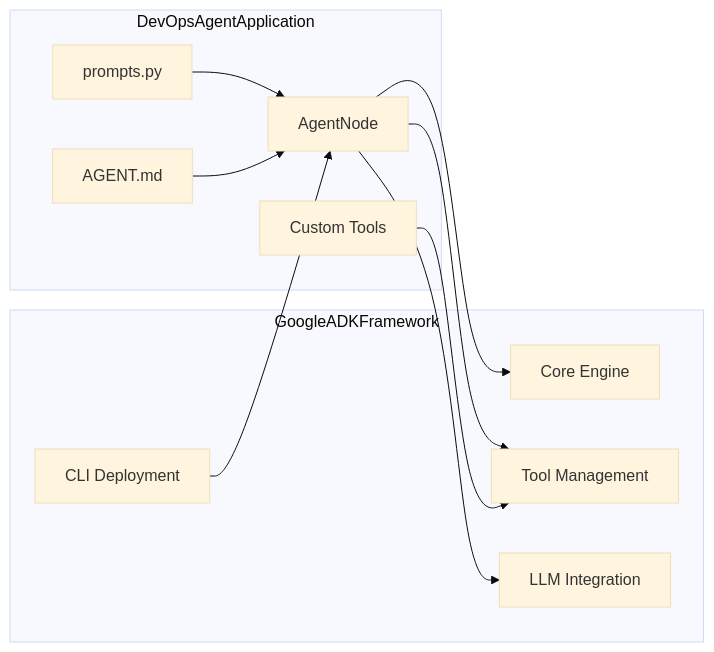
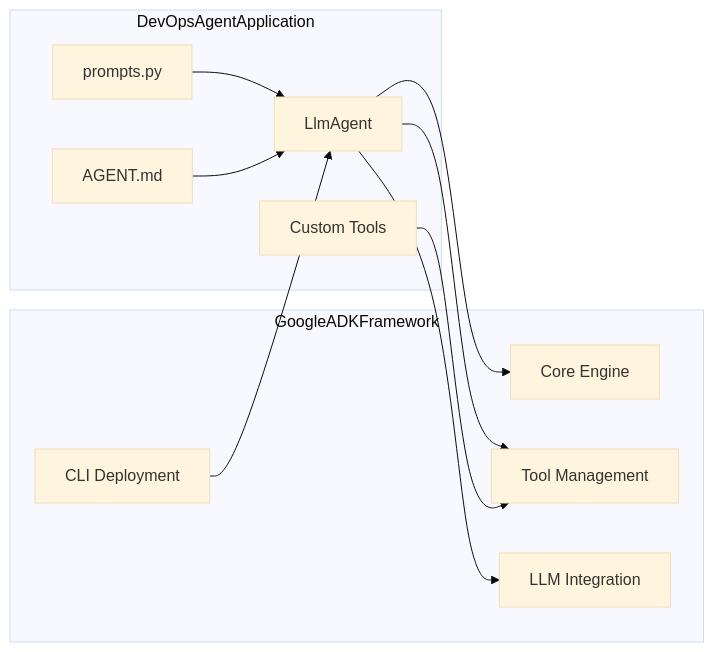
The first of 5 diagrams in README.md (BlueCentre/adk-agents), drawn with Mermaid (base theme) before and after one commit. The commit also changed other lines of this file, not shown here.

Commit message:
docs: Agent updated README

````diff
--- a/README.md
+++ b/README.md
@@ -113,24 +79,24 @@
 ```mermaid
 graph LR
     subgraph GoogleADKFramework
         ADK_Core[Core Engine]
         ADK_Tools[Tool Management]
         ADK_LLM[LLM Integration]
         ADK_CLI[CLI Deployment]
     end
 
     subgraph DevOpsAgentApplication
-        AgentPy[AgentNode]
+        AgentPy[LlmAgent]
         PromptPy[prompts.py]
         AgentMD[AGENT.md]
         CustomTools[Custom Tools]
     end
 
     AgentPy --> ADK_Core
     AgentPy --> ADK_Tools
     AgentPy --> ADK_LLM
     PromptPy --> AgentPy
     AgentMD --> AgentPy
     CustomTools --> ADK_Tools
     ADK_CLI --> AgentPy
 ```
````
